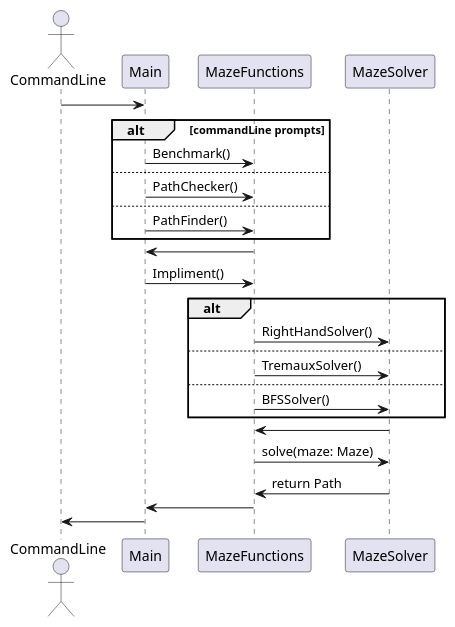
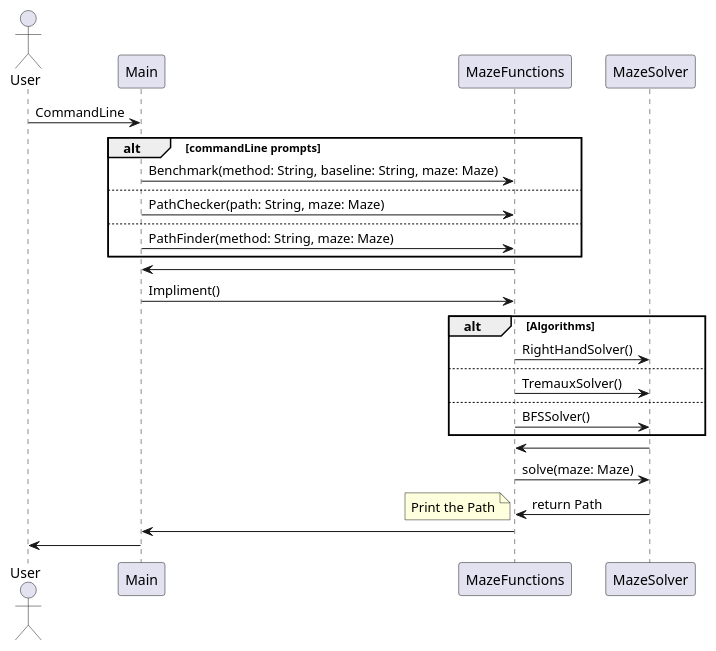
Before and after one commit to IbrahimT04/Maze-Runner-Assignment: the diagram in src/main/java/ca/mcmaster/se2aa4/mazerunner/UML_Files/MazeRun.puml, drawn with PlantUML. The commit also changed 4 other files, not shown here.

Commit message:
Fixed issue with UML Sequence diagram and edited testing to follow good coding practices #5, #6

```diff
--- a/src/main/java/ca/mcmaster/se2aa4/mazerunner/UML_Files/MazeRun.puml
+++ b/src/main/java/ca/mcmaster/se2aa4/mazerunner/UML_Files/MazeRun.puml
@@ -1,31 +1,34 @@
 @startuml Exploration
-actor CommandLine
+actor User
 participant Main
 participant MazeFunctions
 participant MazeSolver
 
-CommandLine -> Main
+User -> Main:CommandLine
 alt commandLine prompts 
-Main -> MazeFunctions: Benchmark()
+Main -> MazeFunctions: Benchmark(method: String, baseline: String, maze: Maze)
 else
-Main -> MazeFunctions: PathChecker()
+Main -> MazeFunctions: PathChecker(path: String, maze: Maze)
 else
-Main -> MazeFunctions: PathFinder()
+Main -> MazeFunctions: PathFinder(method: String, maze: Maze)
 end
 MazeFunctions -> Main
 Main -> MazeFunctions: Impliment()
-alt
+alt Algorithms
 MazeFunctions -> MazeSolver: RightHandSolver()
 else
 MazeFunctions -> MazeSolver: TremauxSolver()
 else
 MazeFunctions -> MazeSolver: BFSSolver()
 end
 MazeSolver -> MazeFunctions
 MazeFunctions -> MazeSolver: solve(maze: Maze)
 MazeSolver -> MazeFunctions: return Path
+note bottom
+Print the Path
+end note
 MazeFunctions -> Main
-Main -> CommandLine
+Main -> User
 
 
 @enduml
```
